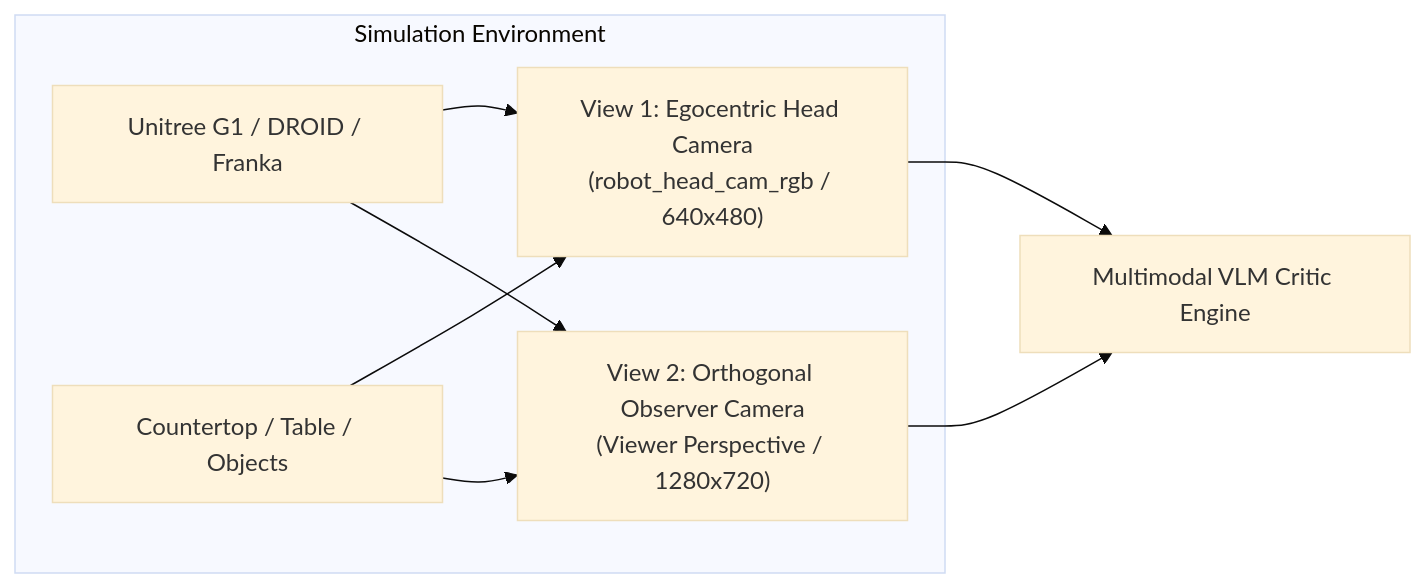
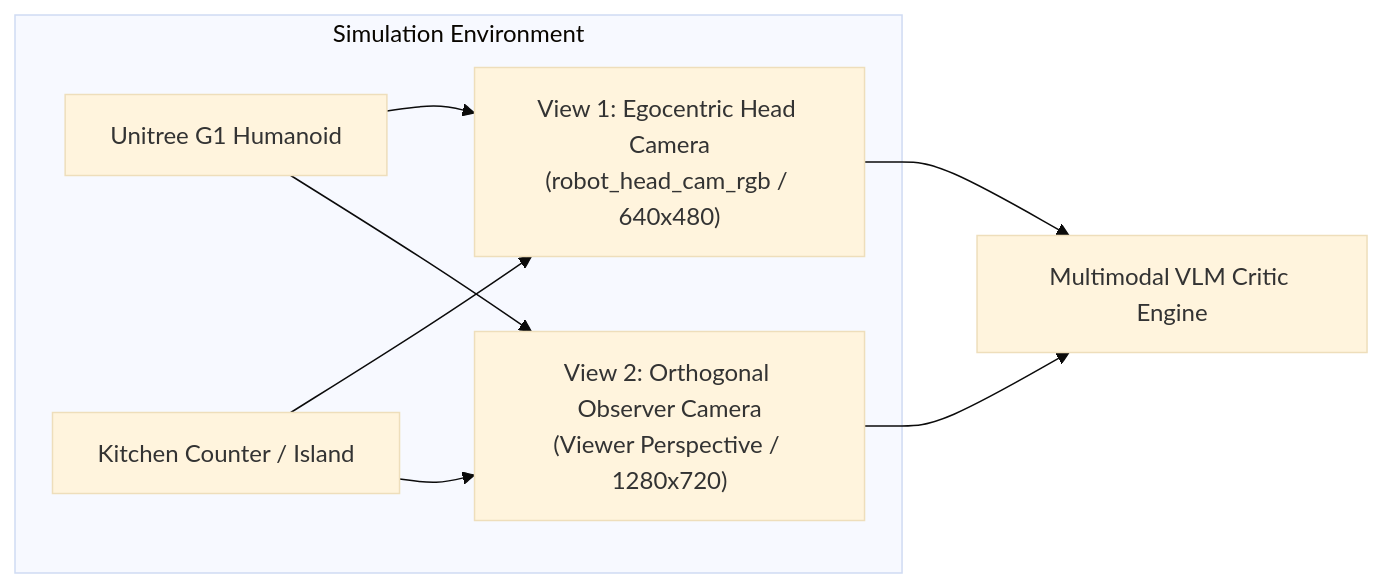
One commit to boredengineering/IsaacLab-Arena changed the third of 3 diagrams in .agents/references/plans/closed_loop_usd_traversal_and_vlm_vision_verification_plan.md. Above: the diagram before and after it, drawn with Mermaid (base theme). The commit also changed other lines of this file and 14 other files, not shown here.

````diff
--- a/.agents/references/plans/closed_loop_usd_traversal_and_vlm_vision_verification_plan.md
+++ b/.agents/references/plans/closed_loop_usd_traversal_and_vlm_vision_verification_plan.md
@@ -154,18 +154,18 @@
 ```mermaid
 graph LR
     subgraph Simulation Environment
-        Robot["Unitree G1 / DROID / Franka"]
-        Workspace["Countertop / Table / Objects"]
+        Robot["Unitree G1 Humanoid"]
+        Workspace["Kitchen Counter / Island"]
         
         HeadCam["View 1: Egocentric Head Camera<br/>(robot_head_cam_rgb / 640x480)"]
         ObsCam["View 2: Orthogonal Observer Camera<br/>(Viewer Perspective / 1280x720)"]
     end
     
     Robot --> HeadCam
     Workspace --> HeadCam
     Workspace --> ObsCam
     Robot --> ObsCam
     
     HeadCam --> Critic["Multimodal VLM Critic Engine"]
     ObsCam --> Critic
 ```
````
